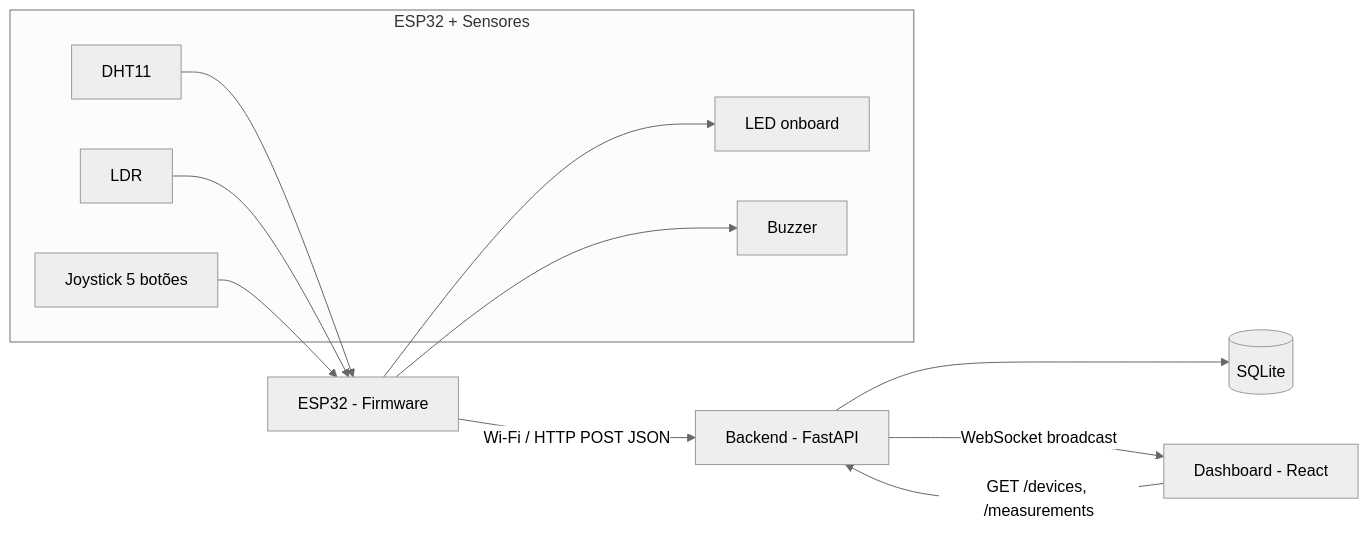
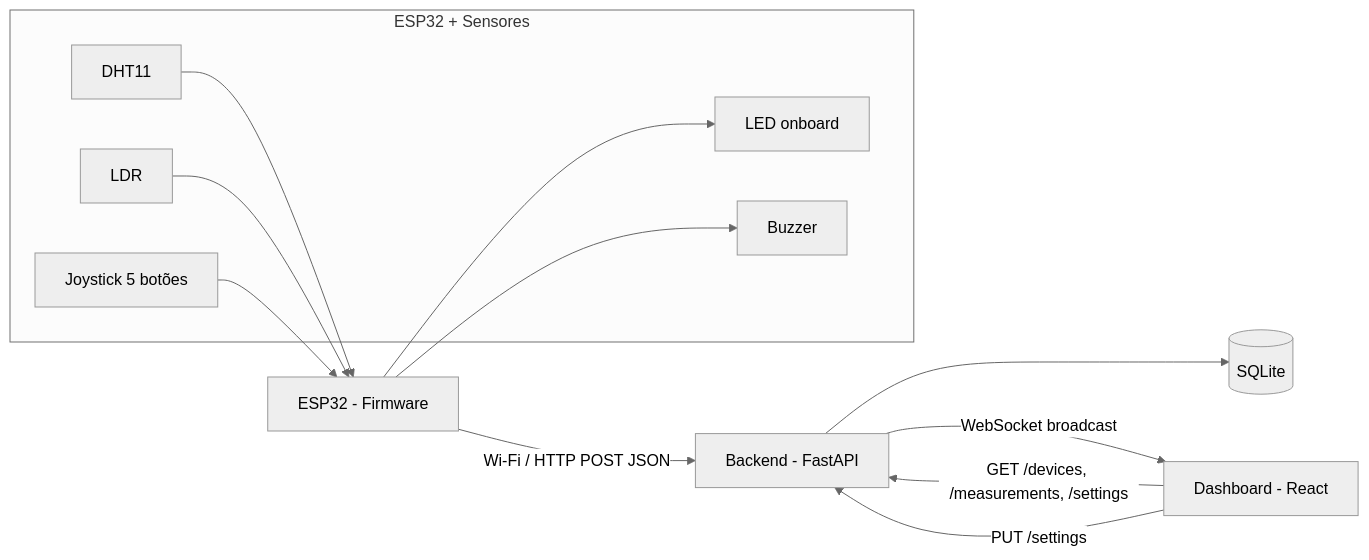
Before and after one commit to guimaiaa/Vortex-IoT-Dashboard: the first of 2 diagrams in docs/architecture.md, drawn with Mermaid (neutral theme). The commit also changed other lines of this file, not shown here.

Commit message:
update architecture.md, adding new functions to the diagram

````diff
--- a/docs/architecture.md
+++ b/docs/architecture.md
@@ -5,22 +5,23 @@
 ```mermaid
 flowchart LR
     subgraph Hardware [ESP32 + Sensores]
         DHT[DHT11]
         LDR[LDR]
         JOY[Joystick 5 botões]
         LED[LED onboard]
         BUZ[Buzzer]
     end
 
     ESP[ESP32 - Firmware]
     DHT --> ESP
     LDR --> ESP
     JOY --> ESP
     ESP --> LED
     ESP --> BUZ
 
     ESP -- "Wi-Fi / HTTP POST JSON" --> API[Backend - FastAPI]
     API --> DB[(SQLite)]
     API -- "WebSocket broadcast" --> WEB[Dashboard - React]
-    WEB -- "GET /devices, /measurements" --> API
+    WEB -- "GET /devices, /measurements, /settings" --> API
+    WEB -- "PUT /settings" --> API
 ```
````
